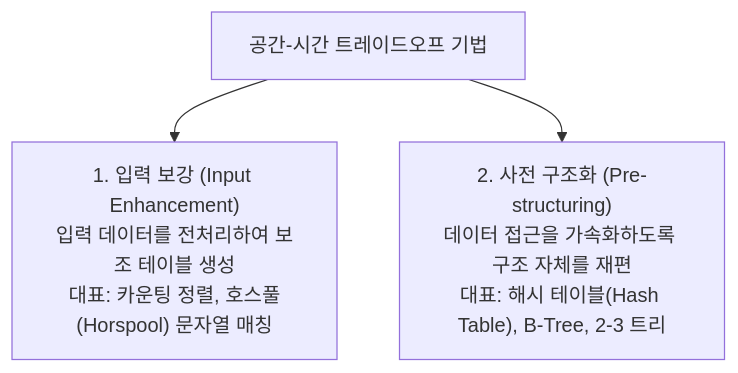
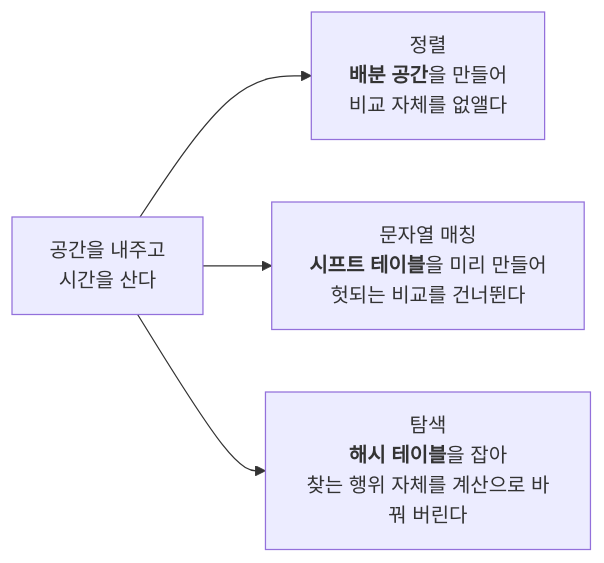
Before and after one commit to umyunsang/edu: the diagram in ComputerScience/06_algorithms-graphics/algorithm-design-analysis/notes/06. 공간으로 시간 벌기.md, drawn with Mermaid. The commit also changed other lines of this file and 1 other file, not shown here.

Commit message:
Auto-save: Updated ComputerScience/06_algorithms-graphics/algorithm-design-analysis/notes/06. 공간으로 시간 벌기.md, ComputerScience/06_algorithms-graphics/algorithm-design-analysis/notes/index.md

````diff
--- a/ComputerScience/06_algorithms-graphics/algorithm-design-analysis/notes/06. 공간으로 시간 벌기.md
+++ b/ComputerScience/06_algorithms-graphics/algorithm-design-analysis/notes/06. 공간으로 시간 벌기.md
@@ -33,6 +36,7 @@
 ```mermaid
-flowchart TD
-    ST["공간-시간 트레이드오프 기법"]
-    ST --> IE["1. 입력 보강 (Input Enhancement)<br/>입력 데이터를 전처리하여 보조 테이블 생성<br/>대표: 카운팅 정렬, 호스풀(Horspool) 문자열 매칭"]
-    ST --> PS["2. 사전 구조화 (Pre-structuring)<br/>데이터 접근을 가속화하도록 구조 자체를 재편<br/>대표: 해시 테이블(Hash Table), B-Tree, 2-3 트리"]
+flowchart LR
+    T["공간을 내주고<br/>시간을 산다"]
+    T --> S1["정렬<br/><b>배분 공간</b>을 만들어<br/>비교 자체를 없앨다"]
+    T --> S2["문자열 매칭<br/><b>시프트 테이블</b>을 미리 만들어<br/>헛되는 비교를 건너뛴다"]
+    T --> S3["탐색<br/><b>해시 테이블</b>을 잡아<br/>찾는 행위 자체를 계산으로 바꿔 버린다"]
 ```
````
